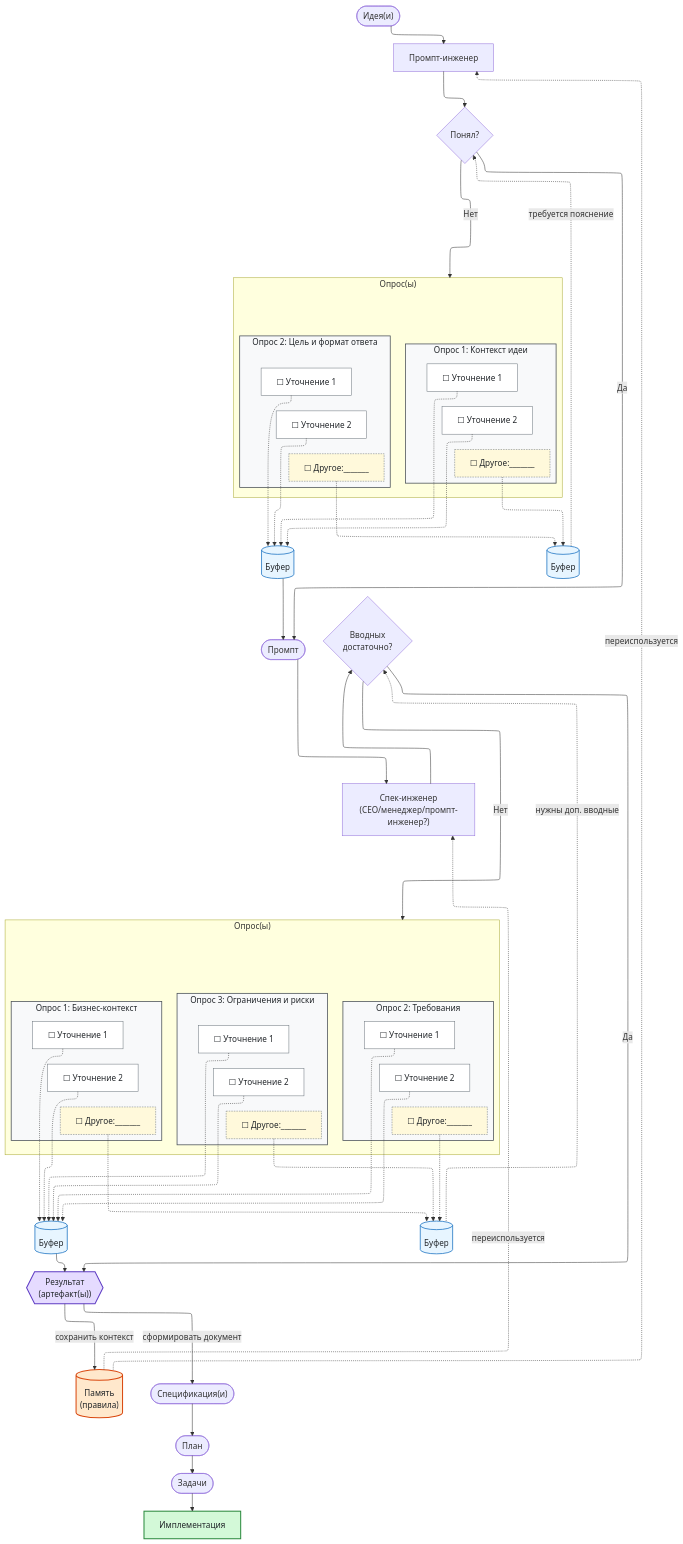
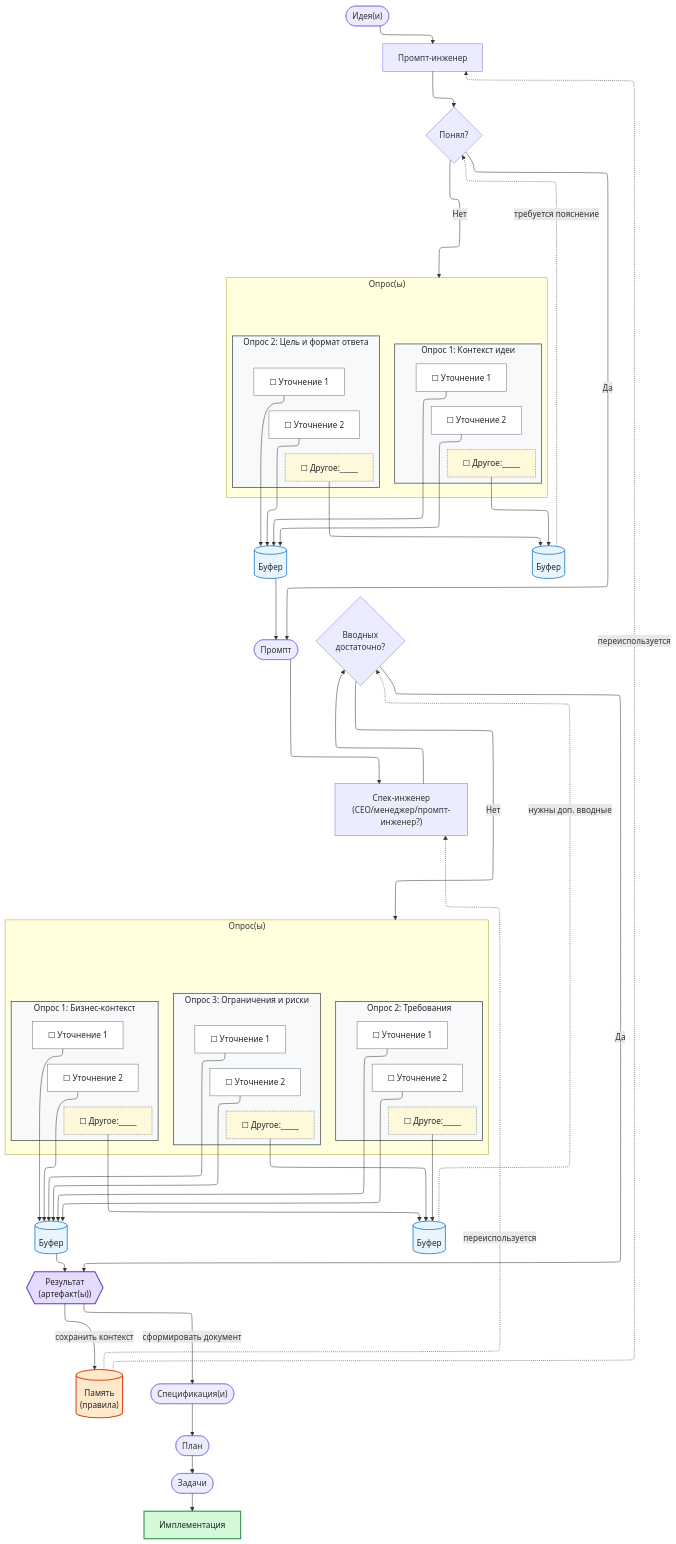
One commit to teratron/magic-spec changed the diagram in .drafts/блок-схема.md. Above: the diagram before and after it, drawn with Mermaid.

Commit message:
modified:   ".drafts/блок-схема.md"

```diff
--- a/.drafts/блок-схема.md
+++ b/.drafts/блок-схема.md
@@ -11,9 +11,7 @@
 %%{init: {'flowchart': {'defaultRenderer': 'elk'}}}%%
 flowchart TB
     %% ================= БЛОК 1: ИДЕЯ -> ПРОМПТ =================
-    A(["Идея(и)"]) --> B["Промпт-инженер"] --> C{"Понял?"}
-
-    C -->|Нет| OP
+    A(["Идея(и)"]) --> B["Промпт-инженер"] --> C{"Понял?"} -->|Нет| OP
 
     subgraph OP["Опрос(ы)"]
         direction TD
@@ -21,7 +19,7 @@
             direction TB
             p1a["☐ Уточнение 1"]
             p1b["☐ Уточнение 2"]
-            p1x["☐ Другое:_______"]
+            p1x["☐ Другое:_____"]
             p1a ~~~ p1b
             p1b ~~~ p1x
         end
@@ -30,29 +28,20 @@
             direction TB
             p2a["☐ Уточнение 1"]
             p2b["☐ Уточнение 2"]
-            p2x["☐ Другое:_______"]
+            p2x["☐ Другое:_____"]
             p2a ~~~ p2b
             p2b ~~~ p2x
         end
     end
 
+    p1a & p1b & p2a & p2b --> BF[("Буфер")] --> E(["Промпт"])
+    p1x & p2x --> BFX[("Буфер")] -.->|требуется пояснение| C -->|Да| E
+
     A & B & C ~~~ OP & OP1 & OP2
-
-    p1a & p1b & p2a & p2b -.-> BF[("Буфер")]
-    p1x & p2x -.-> BFX[("Буфер")]
-
-    %% сборка артефакта из буфера всех уточнений
-    BF --> E(["Промпт"])
-    BFX -.->|требуется пояснение| C
-    C -->|Да| E
-
-    %% не даёт "Промпт" всплыть на уровень "Буфер"
     BF ~~~ E
 
     %% ================= БЛОК 2: ПРОМПТ -> АРТЕФАКТЫ =================
-    E --> F["Спек-инженер<br />(CEO/менеджер/промпт-инженер?)"] --> G{"Вводных<br />достаточно?"}
-
-    G -->|Нет| QS
+    E --> F["Спек-инженер<br />(CEO/менеджер/промпт-инженер?)"] --> G{"Вводных<br />достаточно?"} -->|Нет| QS
 
     subgraph QS["Опрос(ы)"]
         direction TD
@@ -60,7 +49,7 @@
             direction TB
             q1a["☐ Уточнение 1"]
             q1b["☐ Уточнение 2"]
-            q1x["☐ Другое:_______"]
+            q1x["☐ Другое:_____"]
             q1a ~~~ q1b
             q1b ~~~ q1x
         end
@@ -69,7 +58,7 @@
             direction TB
             q2a["☐ Уточнение 1"]
             q2b["☐ Уточнение 2"]
-            q2x["☐ Другое:_______"]
+            q2x["☐ Другое:_____"]
             q2a ~~~ q2b
             q2b ~~~ q2x
         end
@@ -78,22 +67,16 @@
             direction TB
             q3a["☐ Уточнение 1"]
             q3b["☐ Уточнение 2"]
-            q3x["☐ Другое:_______"]
+            q3x["☐ Другое:_____"]
             q3a ~~~ q3b
             q3b ~~~ q3x
         end
     end
 
+    q1a & q1b & q2a & q2b & q3a & q3b --> SB[("Буфер")] --> R{{"Результат<br />(артефакт(ы))"}}
+    q1x & q2x & q3x --> SBX[("Буфер")] -.->|нужны доп. вводные| G -->|Да| R
+
     E & F & G ~~~ QS & QS1 & QS2 & QS3
-
-    q1a & q1b & q2a & q2b & q3a & q3b -.-> SB[("Буфер")]
-    q1x & q2x & q3x -.-> SBX[("Буфер")]
-
-    SB --> R{{"Результат<br />(артефакт(ы))"}}
-    SBX -.->|нужны доп. вводные| G
-    G -->|Да| R
-
-    %% не даёт "Артефакты" всплыть на уровень "Буфер"
     SB ~~~ R
 
     %% ================= БЛОК 3: АРТЕФАКТЫ -> ИМПЛЕМЕНТАЦИЯ =================
```
